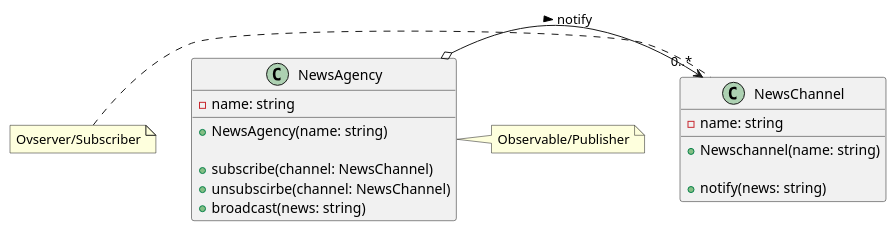
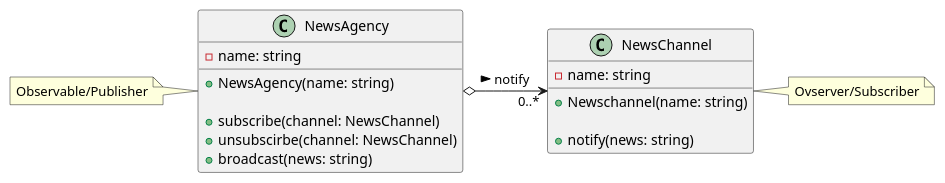
Before and after one commit to ArisBaur/2024_cWI_SWP: the diagram in ObserverPart1/model/observer_part_one.puml, drawn with PlantUML.

Commit message:
verbesserung model file

```diff
--- a/ObserverPart1/model/observer_part_one.puml
+++ b/ObserverPart1/model/observer_part_one.puml
@@ -1,27 +1,29 @@
 @startuml observer-part-one
-
-class NewsChannel {
-
-    - name: string
-
-    + Newschannel(name: string)
-
-    + notify(news: string)
-}
-note left of NewsChannel: Ovserver/Subscriber
-
 
 class NewsAgency {
     - name: string
 
     + NewsAgency(name: string)
     
     + subscribe(channel: NewsChannel)
     + unsubscirbe(channel: NewsChannel)
     + broadcast(news: string)
 }
-note right of NewsAgency: Observable/Publisher
+note left of NewsAgency: Observable/Publisher
+
+
+class NewsChannel {
+
+    - name: string
+
+    + Newschannel(name: string)
+
+    + notify(news: string)
+}
+note right of NewsChannel: Ovserver/Subscriber
+
+
 
 NewsAgency o-right-> "0..*" NewsChannel: notify >
 
 @enduml
```
